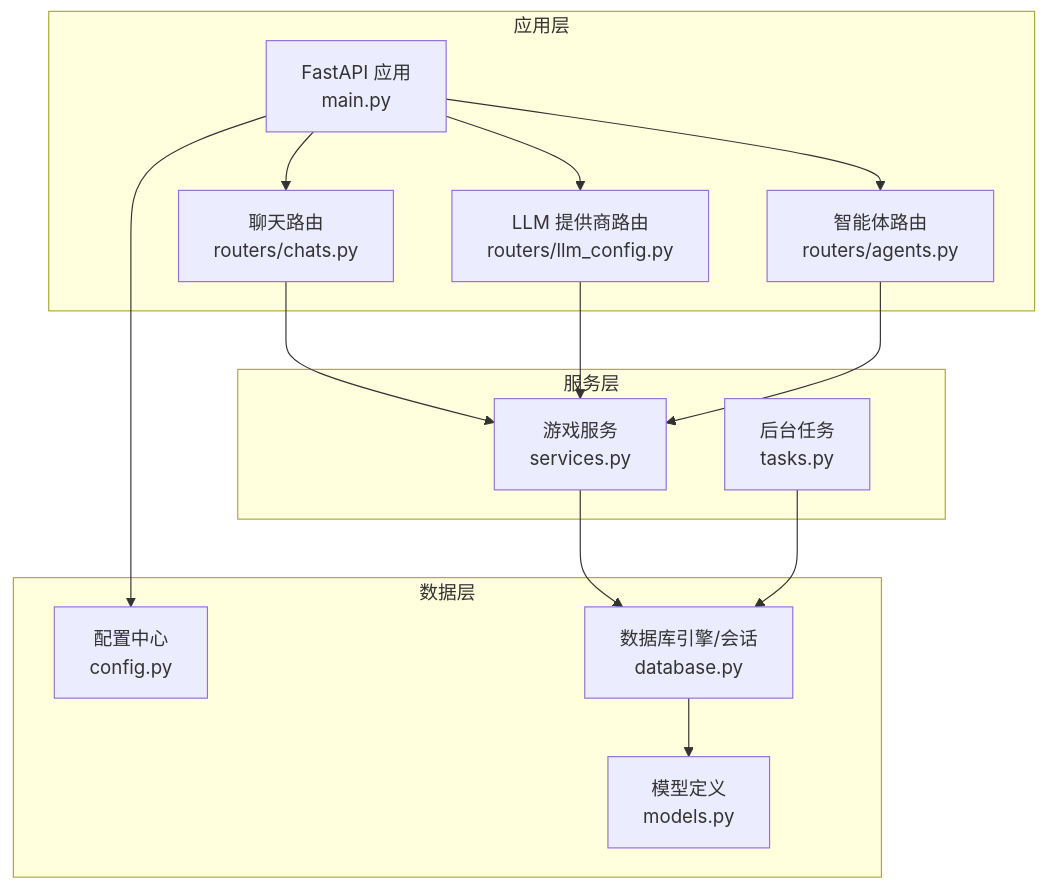
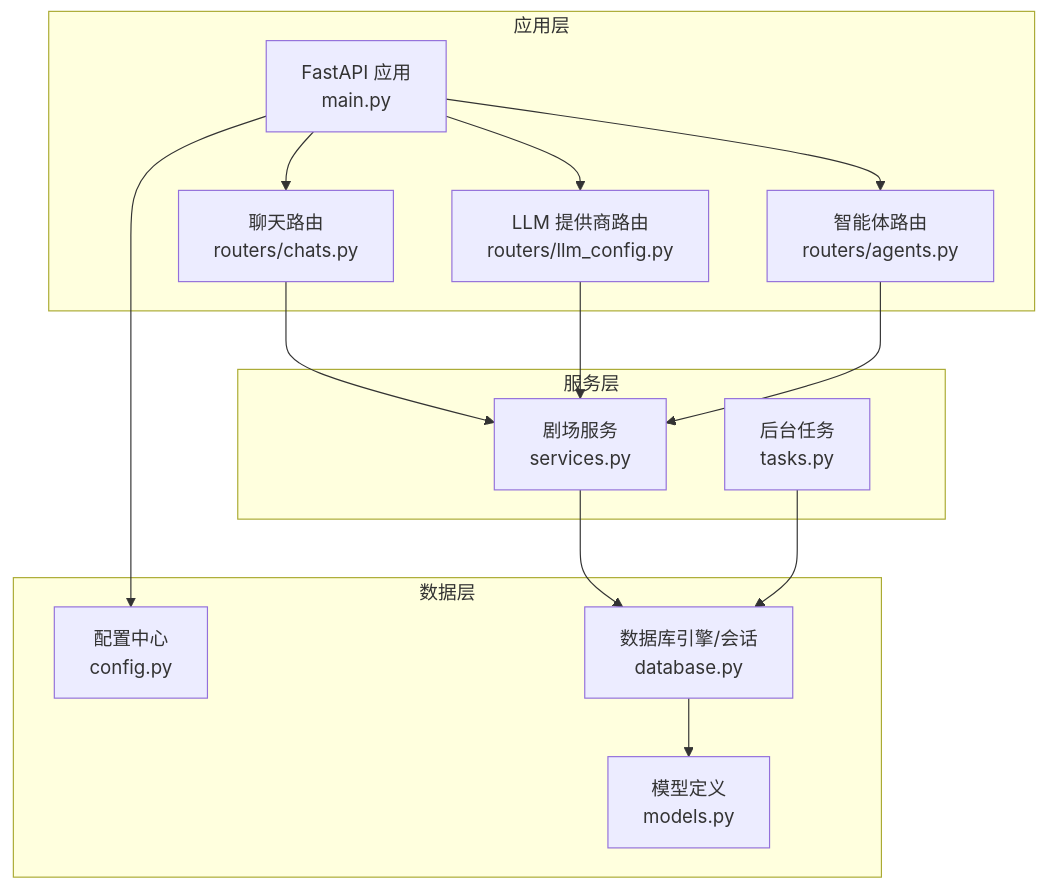
The first of 5 diagrams in .qoder/repowiki/zh/content/部署指南/后端部署/性能优化/性能优化.md (KunLabAI/KunFlix), drawn with Mermaid before and after one commit. The commit also changed other lines of this file and 112 other files, not shown here.

````diff
--- a/.qoder/repowiki/zh/content/部署指南/后端部署/性能优化/性能优化.md
+++ b/.qoder/repowiki/zh/content/部署指南/后端部署/性能优化/性能优化.md
@@ -42,28 +42,28 @@
 ```mermaid
 graph TB
 subgraph "应用层"
 A["FastAPI 应用<br/>main.py"]
 R1["聊天路由<br/>routers/chats.py"]
 R2["LLM 提供商路由<br/>routers/llm_config.py"]
 R3["智能体路由<br/>routers/agents.py"]
 end
 subgraph "服务层"
-S1["游戏服务<br/>services.py"]
+S1["剧场服务<br/>services.py"]
 S2["后台任务<br/>tasks.py"]
 end
 subgraph "数据层"
 D1["配置中心<br/>config.py"]
 D2["数据库引擎/会话<br/>database.py"]
 M1["模型定义<br/>models.py"]
 end
 A --> R1
 A --> R2
 A --> R3
 R1 --> S1
 R2 --> S1
 R3 --> S1
 S1 --> D2
 S2 --> D2
 D2 --> M1
 A --> D1
 ```
````
